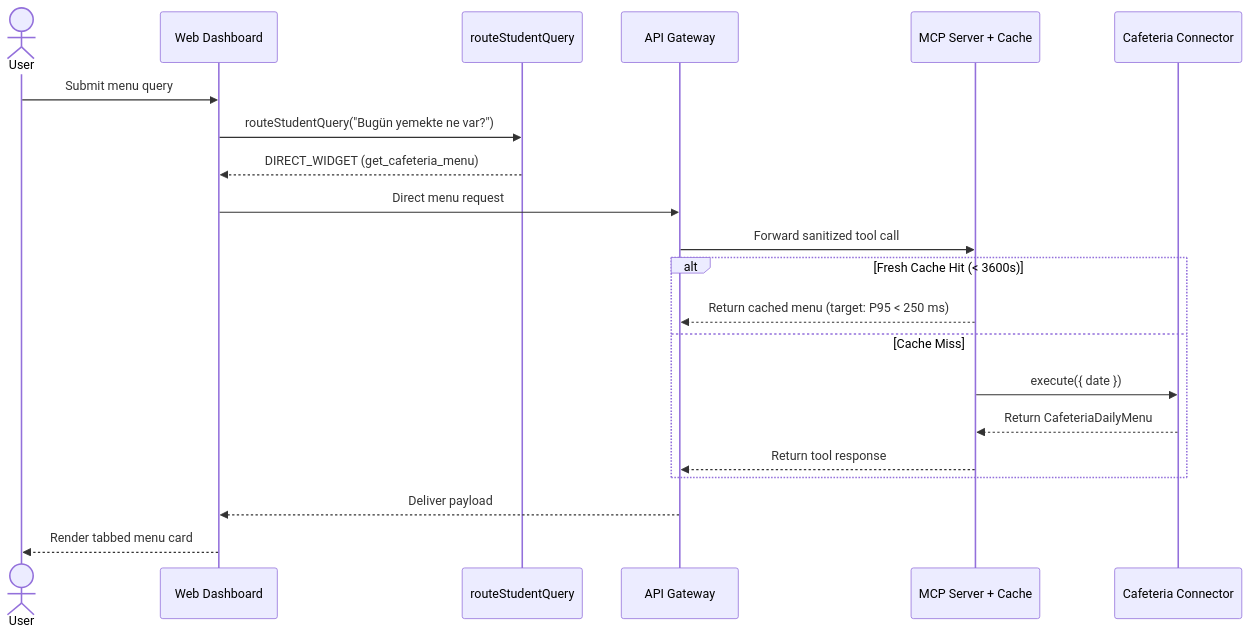
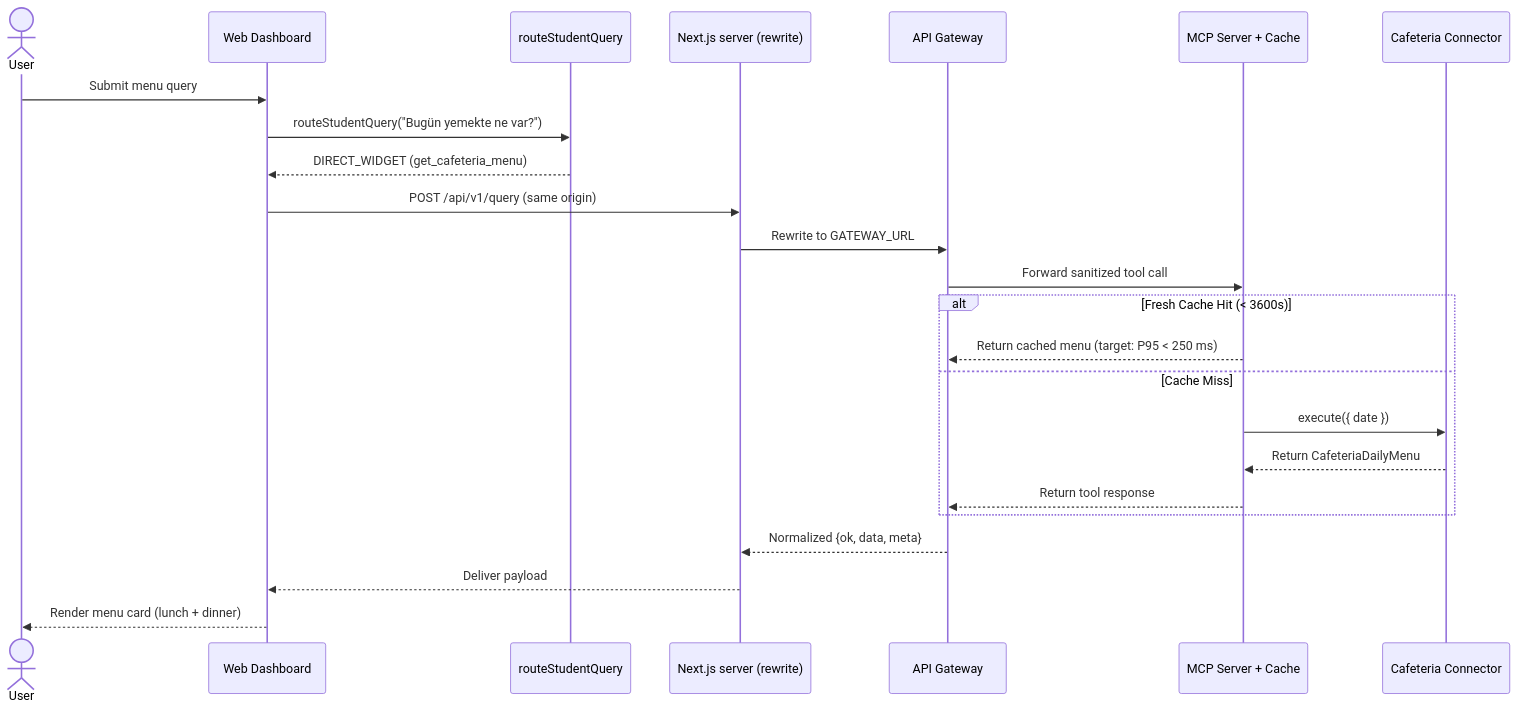
Before and after one commit to CPPpriest/BIL481-2026-Project: the sixth of 9 diagrams in docs/Design_Document.md, drawn with Mermaid. The commit also changed other lines of this file, not shown here.

````diff
--- a/docs/Design_Document.md
+++ b/docs/Design_Document.md
@@ -879,24 +988,27 @@
 ```mermaid
 sequenceDiagram
     actor User
     participant UI as Web Dashboard
     participant Router as routeStudentQuery
+    participant NX as Next.js server (rewrite)
     participant Gateway as API Gateway
     participant MCP as MCP Server + Cache
     participant Dining as Cafeteria Connector
 
     User->>UI: Submit menu query
     UI->>Router: routeStudentQuery("Bugün yemekte ne var?")
     Router-->>UI: DIRECT_WIDGET (get_cafeteria_menu)
-    UI->>Gateway: Direct menu request
+    UI->>NX: POST /api/v1/query (same origin)
+    NX->>Gateway: Rewrite to GATEWAY_URL
     Gateway->>MCP: Forward sanitized tool call
     alt Fresh Cache Hit (< 3600s)
         MCP-->>Gateway: Return cached menu (target: P95 < 250 ms)
     else Cache Miss
         MCP->>Dining: execute({ date })
         Dining-->>MCP: Return CafeteriaDailyMenu
         MCP-->>Gateway: Return tool response
     end
-    Gateway-->>UI: Deliver payload
-    UI-->>User: Render tabbed menu card
+    Gateway-->>NX: Normalized {ok, data, meta}
+    NX-->>UI: Deliver payload
+    UI-->>User: Render menu card (lunch + dinner)
 ```
````
